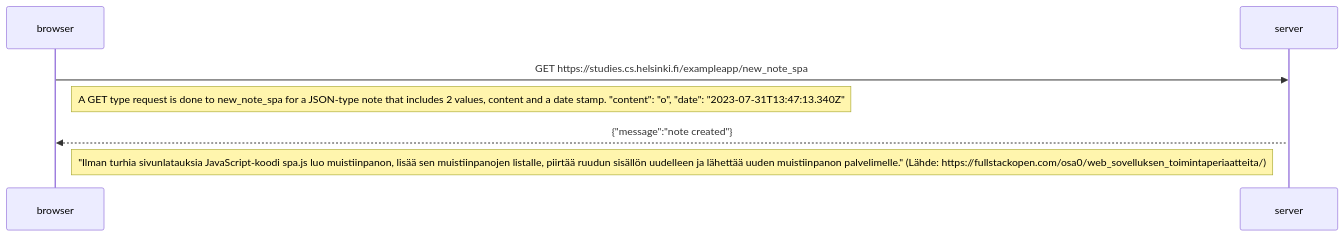
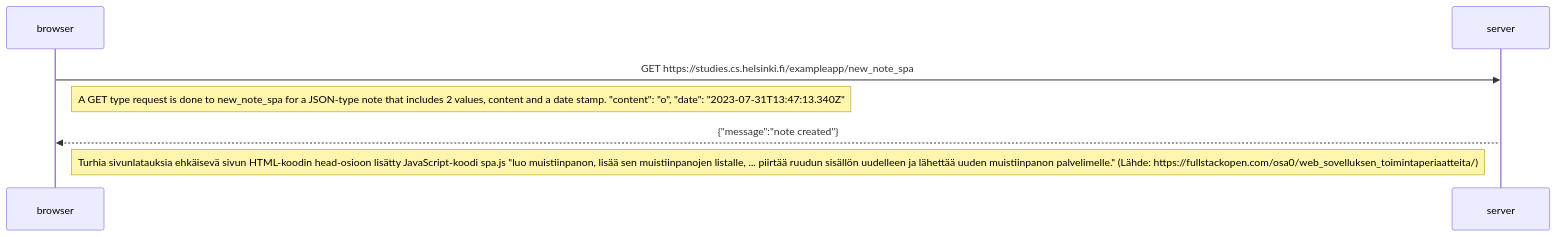
The diagram in 06.md (alelikak/fullstackopen), drawn with Mermaid before and after one commit.

````diff
--- a/06.md
+++ b/06.md
@@ -1,12 +1,12 @@
 ```mermaid
 sequenceDiagram
     participant browser
     participant server
     
     browser->>server: GET https://studies.cs.helsinki.fi/exampleapp/new_note_spa
     Note right of browser: A GET type request is done to new_note_spa for a JSON-type note that includes 2 values, content and a date stamp. "content": "o", "date": "2023-07-31T13:47:13.340Z"
 
     activate server
     server-->>browser: {"message":"note created"}
-    Note right of browser: "Ilman turhia sivunlatauksia JavaScript-koodi spa.js luo muistiinpanon, lisää sen muistiinpanojen listalle, piirtää ruudun sisällön uudelleen ja lähettää uuden muistiinpanon palvelimelle." (Lähde: https://fullstackopen.com/osa0/web_sovelluksen_toimintaperiaatteita/)
+    Note right of browser: Turhia sivunlatauksia ehkäisevä sivun HTML-koodin head-osioon lisätty JavaScript-koodi spa.js "luo muistiinpanon, lisää sen muistiinpanojen listalle, ... piirtää ruudun sisällön uudelleen ja lähettää uuden muistiinpanon palvelimelle." (Lähde: https://fullstackopen.com/osa0/web_sovelluksen_toimintaperiaatteita/)
 ```
````
